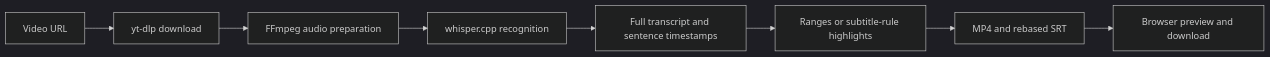
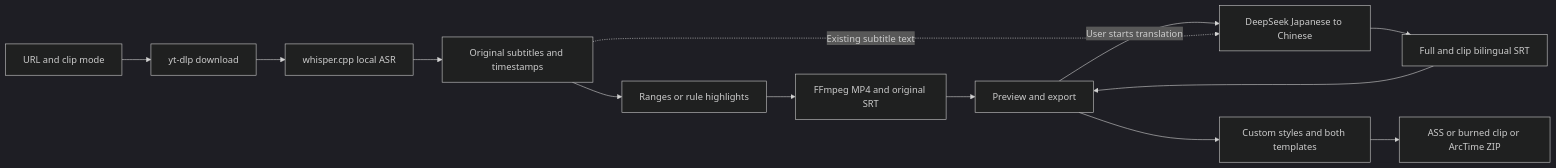
One commit to Nyaruverse/nyaru-clipper changed the diagram in docs/project-handoff.md. Above: the diagram before and after it, drawn with Mermaid (dark theme). The commit also changed other lines of this file and 14 other files, not shown here.

Commit message:
docs: record subtitle acceptance and local installation

````diff
--- a/docs/project-handoff.md
+++ b/docs/project-handoff.md
@@ -35,10 +113,15 @@
 ```mermaid
 flowchart LR
-    U[Video URL] --> D[yt-dlp download]
-    D --> A[FFmpeg audio preparation]
-    A --> W[whisper.cpp recognition]
-    W --> T[Full transcript and sentence timestamps]
-    T --> R[Ranges or subtitle-rule highlights]
-    R --> E[MP4 and rebased SRT]
-    E --> P[Browser preview and download]
+    U[URL and clip mode] --> D[yt-dlp download]
+    D --> A[whisper.cpp local ASR]
+    A --> T[Original subtitles and timestamps]
+    T --> S[Ranges or rule highlights]
+    S --> E[FFmpeg MP4 and original SRT]
+    E --> P[Preview and export]
+    P -->|User starts translation| L[DeepSeek Japanese to Chinese]
+    T -.Existing subtitle text.-> L
+    L --> B[Full and clip bilingual SRT]
+    B --> P
+    P --> C[Custom styles and both templates]
+    C --> X[ASS or burned clip or ArcTime ZIP]
 ```
````
